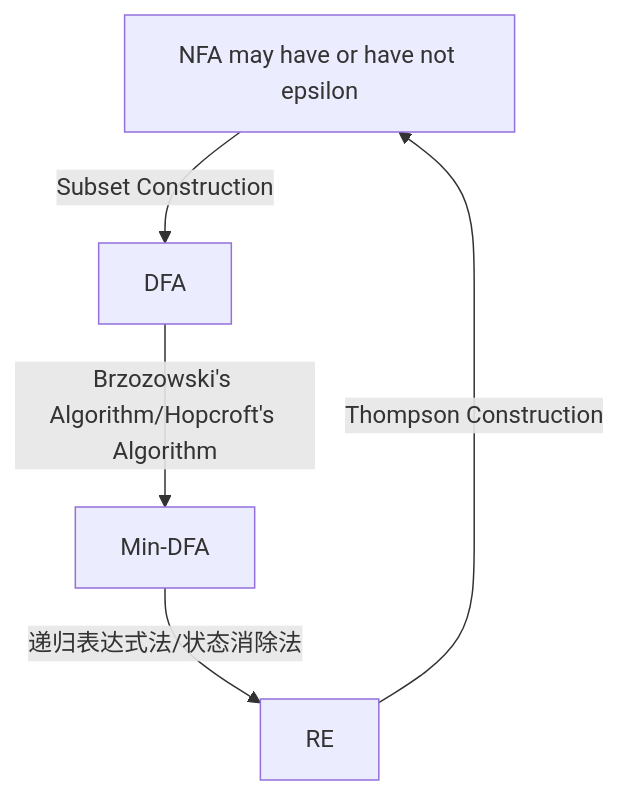
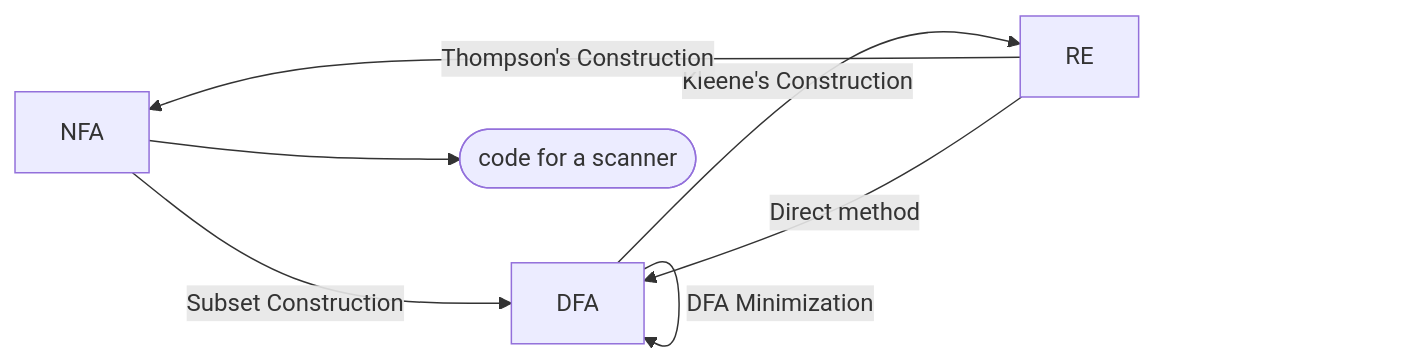
One commit to JohnsonLee-debug/johnsonlee-debug.github.io changed the first of 5 diagrams in _posts/2022-02-26-FSA_and_RE.md. Above: the diagram before and after it, drawn with Mermaid. The commit also changed other lines of this file, not shown here.

Commit message:
add thompson construction

````diff
--- a/_posts/2022-02-26-FSA_and_RE.md
+++ b/_posts/2022-02-26-FSA_and_RE.md
@@ -29,4 +32,11 @@
 ```mermaid
-graph TB
-A[NFA may have or have not epsilon]--Subset Construction-->DFA--Brzozowski's Algorithm/Hopcroft's Algorithm--> Min-DFA--递归表达式法/状态消除法-->RE--Thompson Construction-->A
+graph LR
+A[NFA]
+B[DFA]
+D[RE]
+E([code for a scanner])
+A--Subset Construction-->B--Kleene's Construction-->D--Thompson's Construction-->A
+B--DFA Minimization-->B
+A-->E
+D--Direct method-->B
 ```
````
